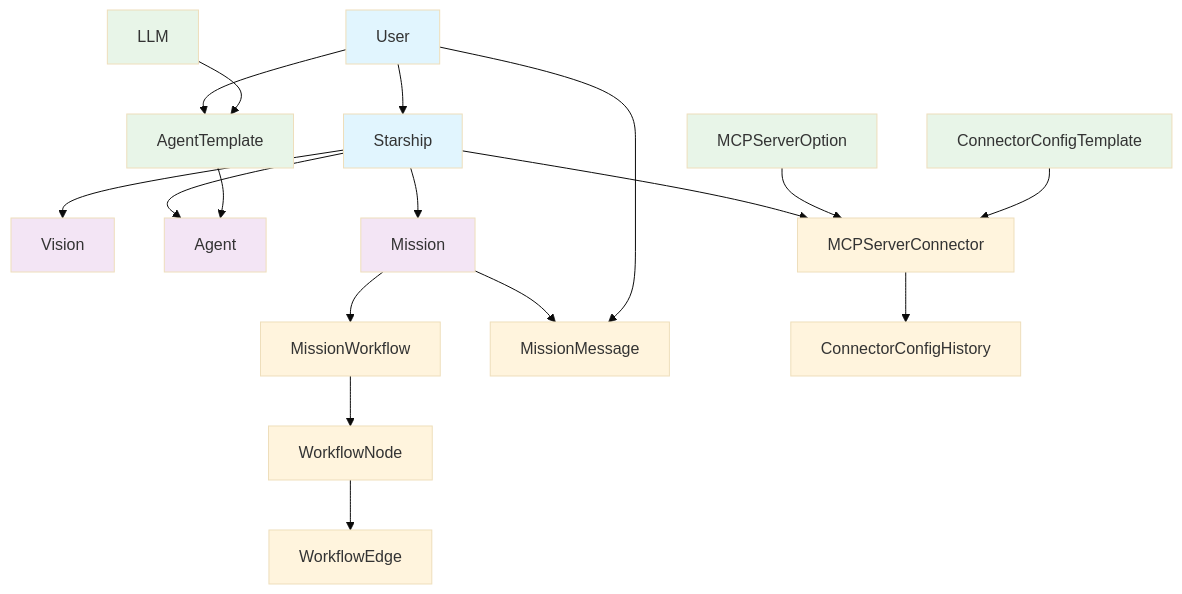
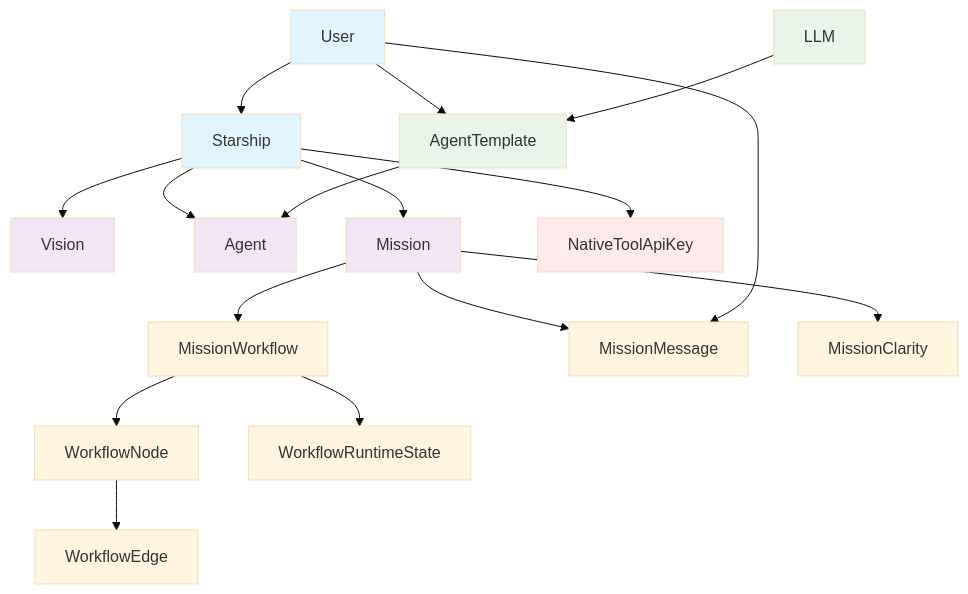
One commit to theingenuityco/starships.ai changed the second of 2 diagrams in docs/er-diagram.md. Above: the diagram before and after it, drawn with Mermaid (base theme). The commit also changed other lines of this file and 10 other files, not shown here.

````diff
--- a/docs/er-diagram.md
+++ b/docs/er-diagram.md
@@ -297,35 +244,35 @@
 ```mermaid
 graph TD
     %% Core Entities
     U[User] --> S[Starship]
     S --> V[Vision]
     S --> A[Agent]
     S --> M[Mission]
-    S --> C[MCPServerConnector]
+    S --> NK[NativeToolApiKey]
 
     %% Agent System
     U --> AT[AgentTemplate]
     AT --> A
     L[LLM] --> AT
 
     %% Mission System
     M --> MW[MissionWorkflow]
     MW --> WN[WorkflowNode]
     WN --> WE[WorkflowEdge]
+    MW --> WRS[WorkflowRuntimeState]
     M --> MM[MissionMessage]
+    M --> MC[MissionClarity]
     U --> MM
 
-    %% Connector System
-    MSO[MCPServerOption] --> C
-    CCT[ConnectorConfigTemplate] --> C
-    C --> CCH[ConnectorConfigHistory]
 
     %% Styling
     classDef primary fill:#e1f5fe
     classDef secondary fill:#f3e5f5
     classDef system fill:#e8f5e8
+    classDef security fill:#ffebee
 
     class U,S primary
     class A,M,V secondary
-    class L,AT,MSO,CCT system
+    class L,AT system
+    class NK security
 ```
````
